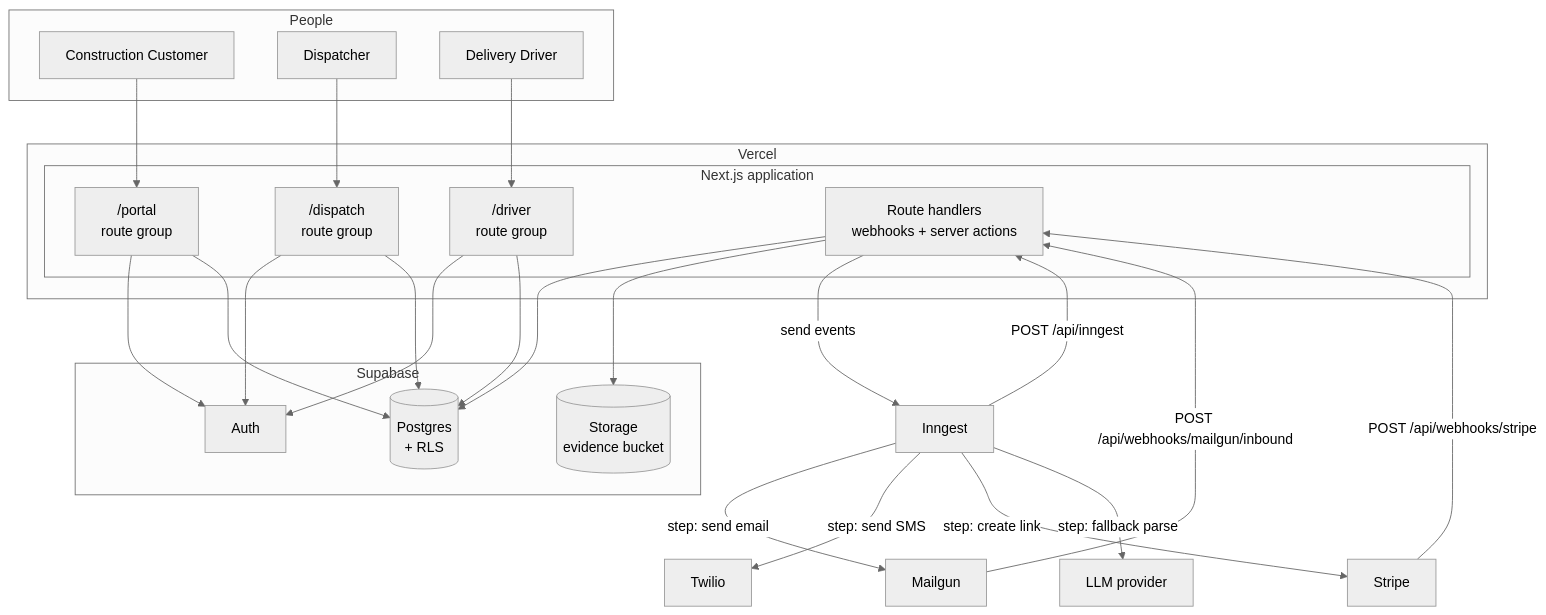
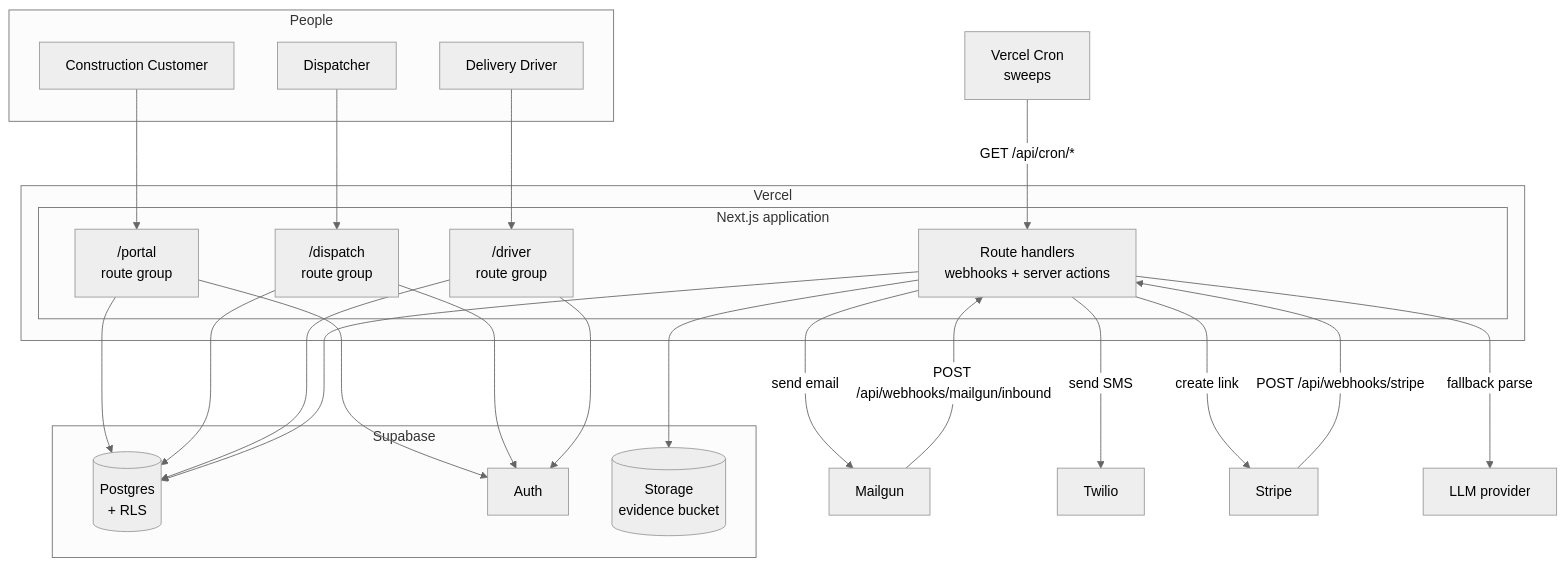
The diagram in docs/architecture/02-containers.md (apalumbi/DeliveryApp), drawn with Mermaid (neutral theme) before and after one commit. The commit also changed other lines of this file and 22 other files, not shown here.

````diff
--- a/docs/architecture/02-containers.md
+++ b/docs/architecture/02-containers.md
@@ -29,53 +29,52 @@
 ```mermaid
 flowchart TB
     subgraph People
         Customer["Construction Customer"]
         Dispatcher["Dispatcher"]
         Driver["Delivery Driver"]
     end
 
     subgraph Vercel["Vercel"]
         subgraph Next["Next.js application"]
             Portal["/portal<br/>route group"]
             Dispatch["/dispatch<br/>route group"]
             DriverApp["/driver<br/>route group"]
             Handlers["Route handlers<br/>webhooks + server actions"]
         end
     end
 
     subgraph Supabase["Supabase"]
         DB[("Postgres<br/>+ RLS")]
         Auth["Auth"]
         Storage[("Storage<br/>evidence bucket")]
     end
 
-    Inngest["Inngest"]
+    Cron["Vercel Cron<br/>sweeps"]
     Mailgun["Mailgun"]
     Twilio["Twilio"]
     Stripe["Stripe"]
     LLM["LLM provider"]
 
     Customer --> Portal
     Dispatcher --> Dispatch
     Driver --> DriverApp
 
     Portal --> Auth
     Dispatch --> Auth
     DriverApp --> Auth
 
     Portal --> DB
     Dispatch --> DB
     DriverApp --> DB
     Handlers --> DB
     Handlers --> Storage
 
     Mailgun -->|"POST /api/webhooks/mailgun/inbound"| Handlers
     Stripe -->|"POST /api/webhooks/stripe"| Handlers
-    Inngest -->|"POST /api/inngest"| Handlers
+    Cron -->|"GET /api/cron/*"| Handlers
 
-    Handlers -->|"send events"| Inngest
-    Inngest -->|"step: send email"| Mailgun
-    Inngest -->|"step: send SMS"| Twilio
-    Inngest -->|"step: create link"| Stripe
-    Inngest -->|"step: fallback parse"| LLM
+    Handlers -->|"send email"| Mailgun
+    Handlers -->|"send SMS"| Twilio
+    Handlers -->|"create link"| Stripe
+    Handlers -->|"fallback parse"| LLM
 ```
````
